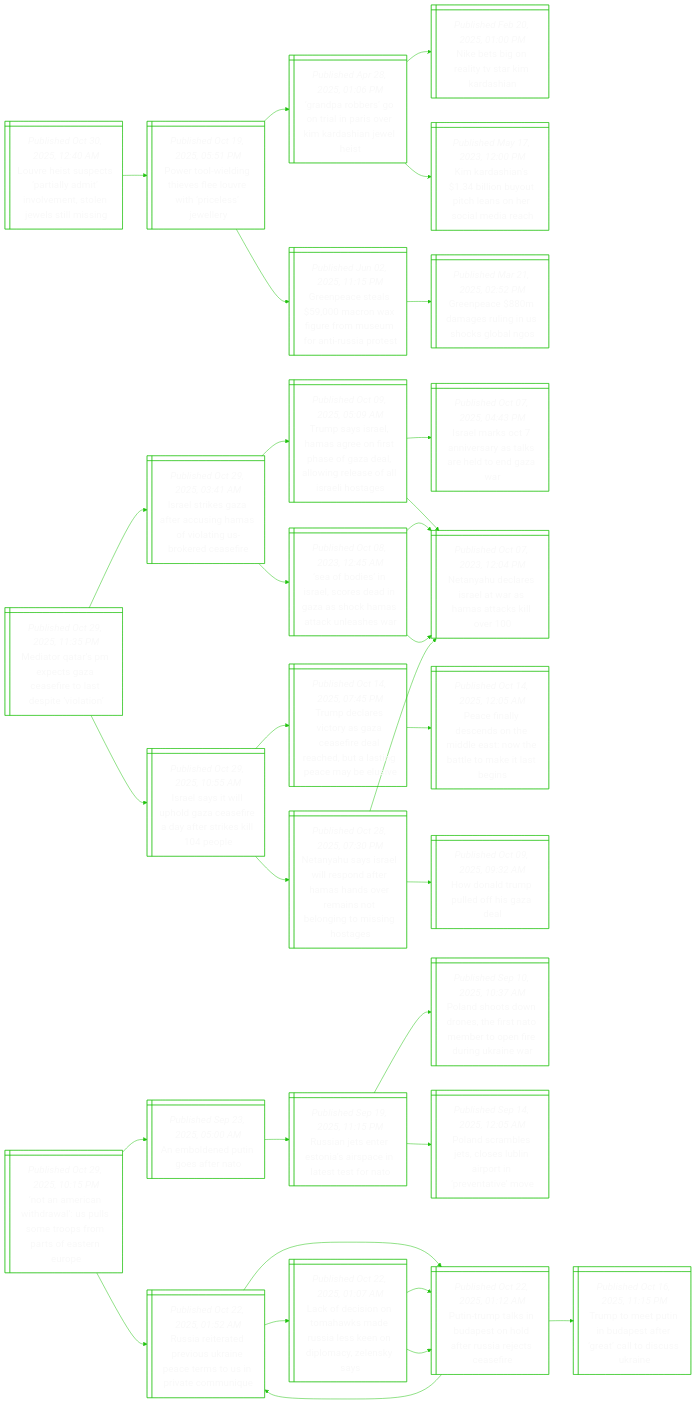
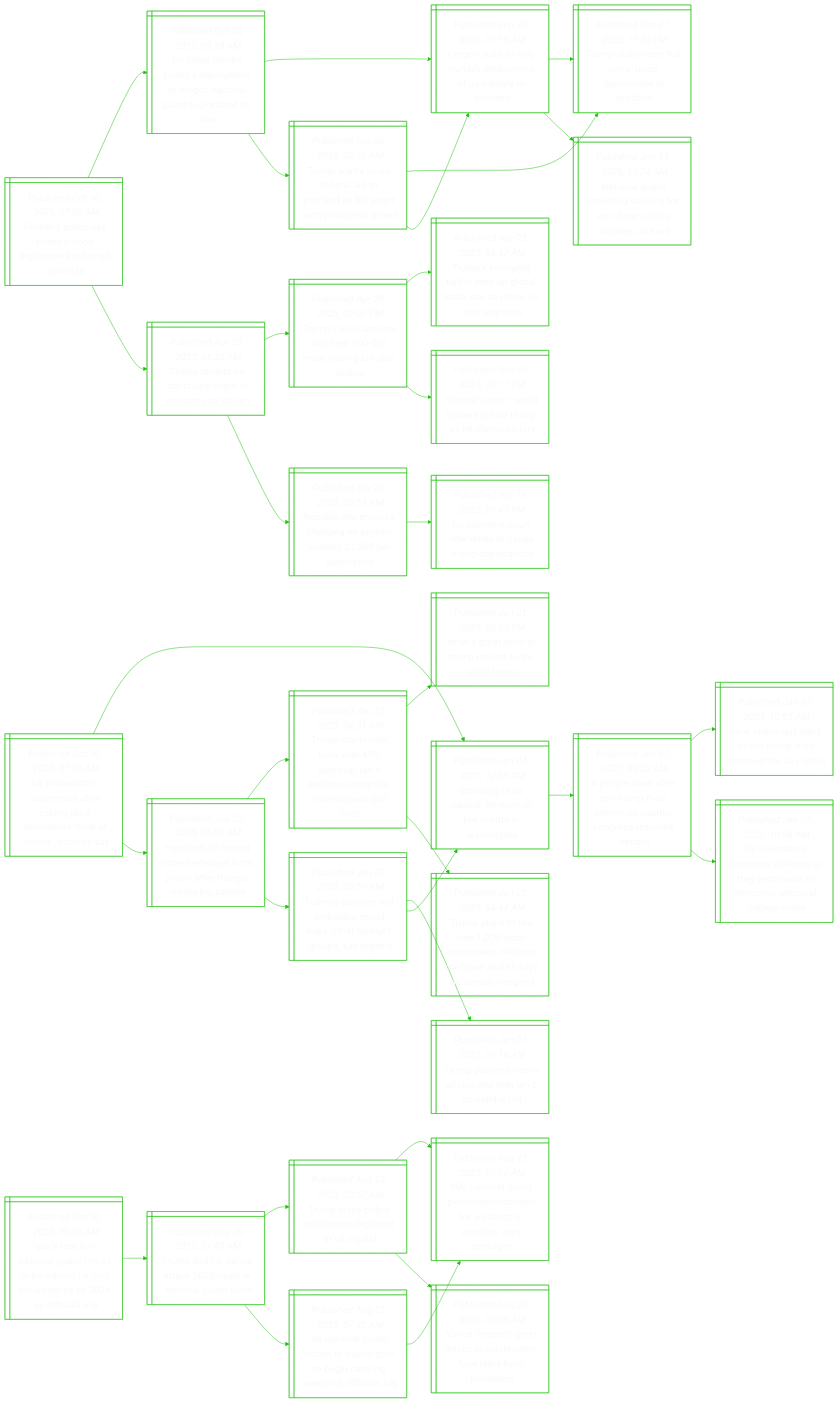
Before and after one commit to notJmes/notJmes: the diagram in README.md, drawn with Mermaid. The commit also changed other lines of this file, not shown here.

````diff
--- a/README.md
+++ b/README.md
@@ -16,106 +16,106 @@
 flowchart LR
 classDef txtsize font-size:20px;
 
-Letealmvmtjsli@{ shape: win-pane, label: "_Published Oct 30, 2025, 12:40 AM_
-Louvre heist suspects ‘partially admit’ involvement, stolen jewels still missing" }
-Ptineluiisey@{ shape: win-pane, label: "_Published Oct 19, 2025, 05:51 PM_
-Power tool-wielding thieves flee louvre with ‘priceless’ jewellery" }
-GpboiPoidaes@{ shape: win-pane, label: "_Published Apr 28, 2025, 01:06 PM_
-‘grandpa robbers’ go on trial in paris over kim kardashian jewel heist" }
-NegaTrah@{ shape: win-pane, label: "_Published Feb 20, 2025, 01:00 PM_
-Nike bets big on reality tv star kim kardashian" }
-Kriinucneida@{ shape: win-pane, label: "_Published May 17, 2023, 12:00 PM_
-Kim kardashian's $1.34 billion buyout pitch leans on her social media reach" }
-Gpssofemmnsrt@{ shape: win-pane, label: "_Published Jun 02, 2025, 11:15 PM_
-Greenpeace steals $59,000 macron wax figure from museum for anti-russia protest" }
-GpmglnolN@{ shape: win-pane, label: "_Published Mar 21, 2025, 02:52 PM_
-Greenpeace $880m damages ruling in us shocks global ngos" }
+Palamopefde@{ shape: win-pane, label: "_Published Oct 30, 2025, 07:20 AM_
+Portland police say trump’s troop deployment inflamed protests" }
+UgcuemfoiGttfw@{ shape: win-pane, label: "_Published Oct 05, 2025, 09:28 AM_
+Us judge blocks trump’s deployment of oregon national guard to portland for now" }
+OntpplnStol@{ shape: win-pane, label: "_Published Sep 29, 2025, 07:15 AM_
+Oregon sues to stop trump’s deployment of us military to portland" }
+Tarforemnl@{ shape: win-pane, label: "_Published Sep 27, 2025, 11:50 PM_
+Trump authorises ‘full force’ troop deployment in portland" }
+NnaonufEcnnsy@{ shape: win-pane, label: "_Published Jun 11, 2025, 10:24 AM_
+National guard providing security for ice officers in los angeles, us says" }
+Twtfattaawrtr@{ shape: win-pane, label: "_Published Oct 04, 2025, 09:32 AM_
+Trump wants to cut federal aid to portland as his anger with protesters grows" }
+Tarforemnl@{ shape: win-pane, label: "_Published Sep 27, 2025, 11:50 PM_
+Trump authorises ‘full force’ troop deployment in portland" }
+OntpplnStol@{ shape: win-pane, label: "_Published Sep 29, 2025, 07:15 AM_
+Oregon sues to stop trump’s deployment of us military to portland" }
+Tttaatnaaw@{ shape: win-pane, label: "_Published Apr 29, 2025, 04:32 AM_
+Trump targets us 'sanctuary cities' in migrant crackdown" }
+Tsnrnakixss@{ shape: win-pane, label: "_Published Apr 28, 2025, 09:01 PM_
+Trump’s poll numbers sag near 100-day mark, raising tax-plan stakes" }
+Tspaspadanop@{ shape: win-pane, label: "_Published Apr 03, 2025, 04:47 AM_
+Trump’s sweeping tariffs amp up global trade war as china, eu vow response" }
+Hrtoessmemt@{ shape: win-pane, label: "_Published Nov 06, 2024, 03:17 PM_
+‘historic return’: world leaders praise trump as he claims victory" }
+Rlsoagyespa@{ shape: win-pane, label: "_Published Apr 29, 2025, 05:55 AM_
+Republicans propose charging us asylum seekers $1,300 per application" }
+Uroneoepro@{ shape: win-pane, label: "_Published Apr 19, 2025, 06:43 PM_
+Us supreme court intervenes to pause trump deportations" }
 
-Letealmvmtjsli:::txtsize --> Ptineluiisey:::txtsize
-Ptineluiisey:::txtsize --> GpboiPoidaes:::txtsize
-GpboiPoidaes:::txtsize --> NegaTrah:::txtsize
-GpboiPoidaes:::txtsize --> Kriinucneida:::txtsize
-Ptineluiisey:::txtsize --> Gpssofemmnsrt:::txtsize
-Gpssofemmnsrt:::txtsize --> GpmglnolN:::txtsize
+Palamopefde:::txtsize --> UgcuemfoiGttfw:::txtsize
+UgcuemfoiGttfw:::txtsize --> OntpplnStol:::txtsize
+OntpplnStol:::txtsize --> Tarforemnl:::txtsize
+OntpplnStol:::txtsize --> NnaonufEcnnsy:::txtsize
+UgcuemfoiGttfw:::txtsize --> Twtfattaawrtr:::txtsize
+Twtfattaawrtr:::txtsize --> Tarforemnl:::txtsize
+Twtfattaawrtr:::txtsize --> OntpplnStol:::txtsize
+Palamopefde:::txtsize --> Tttaatnaaw:::txtsize
+Tttaatnaaw:::txtsize --> Tsnrnakixss:::txtsize
+Tsnrnakixss:::txtsize --> Tspaspadanop:::txtsize
+Tsnrnakixss:::txtsize --> Hrtoessmemt:::txtsize
+Tttaatnaaw:::txtsize --> Rlsoagyespa:::txtsize
+Rlsoagyespa:::txtsize --> Uroneoepro:::txtsize
 
-MttMczsespii@{ shape: win-pane, label: "_Published Oct 29, 2025, 11:35 PM_
-Mediator qatar’s pm expects gaza ceasefire to last despite ‘violation’" }
-IlkzeuHolgode@{ shape: win-pane, label: "_Published Oct 29, 2025, 03:41 AM_
-Israel strikes gaza after accusing hamas of violating us-brokered ceasefire" }
-TssHaossaaorslaoe@{ shape: win-pane, label: "_Published Oct 09, 2025, 05:09 AM_
-Trump says israel, hamas agree on first phase of gaza deal, allowing release of all israeli hostages" }
-Ilsnrakhoar@{ shape: win-pane, label: "_Published Oct 07, 2025, 04:43 PM_
-Israel marks oct 7 anniversary as talks are held to end gaza war" }
-NyeeawHakl@{ shape: win-pane, label: "_Published Oct 07, 2023, 12:04 PM_
-Netanyahu declares israel at war as hamas attacks kill over 100" }
-Sbsrcdnacaale@{ shape: win-pane, label: "_Published Oct 08, 2023, 12:45 AM_
-‘sea of bodies’ in israel, scores dead in gaza as shock hamas attack unleashes war" }
-NyeeawHakl@{ shape: win-pane, label: "_Published Oct 07, 2023, 12:04 PM_
-Netanyahu declares israel at war as hamas attacks kill over 100" }
-NyeeawHakl@{ shape: win-pane, label: "_Published Oct 07, 2023, 12:04 PM_
-Netanyahu declares israel at war as hamas attacks kill over 100" }
-Ilillaeaftspe@{ shape: win-pane, label: "_Published Oct 29, 2025, 10:55 AM_
-Israel says it will uphold gaza ceasefire a day after strikes kill 104 people" }
-Tdrcaaededlncbs@{ shape: win-pane, label: "_Published Oct 14, 2025, 07:45 PM_
-Trump declares victory as gaza ceasefire deal reached, but a lasting peace may be elusive" }
-PflcoMeNelale@{ shape: win-pane, label: "_Published Oct 14, 2025, 12:05 AM_
-Peace finally descends on the middle east: now the battle to make it last begins" }
-NyarisaHhoeseimnt@{ shape: win-pane, label: "_Published Oct 28, 2025, 07:30 PM_
-Netanyahu says israel will respond after hamas hands over remains not belonging to missing hostages" }
-NyeeawHakl@{ shape: win-pane, label: "_Published Oct 07, 2023, 12:04 PM_
-Netanyahu declares israel at war as hamas attacks kill over 100" }
-Hnruosd@{ shape: win-pane, label: "_Published Oct 09, 2025, 09:32 AM_
-How donald trump pulled off his gaza deal" }
+Usoseelaetotos@{ shape: win-pane, label: "_Published Oct 30, 2025, 07:06 AM_
+Us prosecutors suspended after calling jan 6 defendants ‘mob of rioters’, sources say" }
+SiUiinenWn@{ shape: win-pane, label: "_Published Jan 07, 2021, 12:55 PM_
+Storming of us capitol: timeline of key events in washington" }
+peapubmalrest@{ shape: win-pane, label: "_Published Jan 07, 2021, 03:22 AM_
+4 people dead after pro-trump mob storms us capitol; congress resumes debate" }
+HafdoptdSt@{ shape: win-pane, label: "_Published Jan 07, 2021, 10:03 AM_
+How chaos unfolded as pro-trump mob stormed the us capitol" }
+Umsuichcnncclet@{ shape: win-pane, label: "_Published Jan 07, 2021, 10:06 AM_
+Us lawmakers denounce violence as they reconvene to announce electoral college votes" }
+HeCoteemoemego@{ shape: win-pane, label: "_Published Jan 22, 2025, 06:56 AM_
+Hundreds of capitol rioters released from prison after trump’s sweeping pardon" }
+TssetrJruuessf@{ shape: win-pane, label: "_Published Jan 22, 2025, 04:31 AM_
+Trump starts new term with 47% approval; jan 6 pardons unpopular, reuters/ipsos poll finds" }
+Wgfnmuoho@{ shape: win-pane, label: "_Published Jan 21, 2025, 02:53 PM_
+‘what a great feeling!’ trump returns to the white house" }
+TpteBancrhsrylyg@{ shape: win-pane, label: "_Published Jan 22, 2025, 04:44 AM_
+Trump plans to fire over 1,000 biden appointees; celebrity chef jose andres says he already resigned" }
+TsoloPBtahuyr@{ shape: win-pane, label: "_Published Jan 22, 2025, 05:51 AM_
+Trump’s pardons will embolden proud boys, other far-right groups, say experts" }
+TpnrlgtUii@{ shape: win-pane, label: "_Published Jan 21, 2025, 09:16 AM_
+Trump pardons nearly all charged with jan 6 us capitol riot" }
+SiUiinenWn@{ shape: win-pane, label: "_Published Jan 07, 2021, 12:55 PM_
+Storming of us capitol: timeline of key events in washington" }
 
-MttMczsespii:::txtsize --> IlkzeuHolgode:::txtsize
-IlkzeuHolgode:::txtsize --> TssHaossaaorslaoe:::txtsize
-TssHaossaaorslaoe:::txtsize --> Ilsnrakhoar:::txtsize
-TssHaossaaorslaoe:::txtsize --> NyeeawHakl:::txtsize
-IlkzeuHolgode:::txtsize --> Sbsrcdnacaale:::txtsize
-Sbsrcdnacaale:::txtsize --> NyeeawHakl:::txtsize
-Sbsrcdnacaale:::txtsize --> NyeeawHakl:::txtsize
-MttMczsespii:::txtsize --> Ilillaeaftspe:::txtsize
-Ilillaeaftspe:::txtsize --> Tdrcaaededlncbs:::txtsize
-Tdrcaaededlncbs:::txtsize --> PflcoMeNelale:::txtsize
-Ilillaeaftspe:::txtsize --> NyarisaHhoeseimnt:::txtsize
-NyarisaHhoeseimnt:::txtsize --> NyeeawHakl:::txtsize
-NyarisaHhoeseimnt:::txtsize --> Hnruosd:::txtsize
+Usoseelaetotos:::txtsize --> SiUiinenWn:::txtsize
+SiUiinenWn:::txtsize --> peapubmalrest:::txtsize
+peapubmalrest:::txtsize --> HafdoptdSt:::txtsize
+peapubmalrest:::txtsize --> Umsuichcnncclet:::txtsize
+Usoseelaetotos:::txtsize --> HeCoteemoemego:::txtsize
+HeCoteemoemego:::txtsize --> TssetrJruuessf:::txtsize
+TssetrJruuessf:::txtsize --> Wgfnmuoho:::txtsize
+TssetrJruuessf:::txtsize --> TpteBancrhsrylyg:::txtsize
+HeCoteemoemego:::txtsize --> TsoloPBtahuyr:::txtsize
+TsoloPBtahuyr:::txtsize --> TpnrlgtUii:::txtsize
+TsoloPBtahuyr:::txtsize --> SiUiinenWn:::txtsize
 
-NActwpsrfafer@{ shape: win-pane, label: "_Published Oct 29, 2025, 10:15 PM_
-‘not an american withdrawal’: us pulls some troops from parts of eastern europe" }
-Aoeisr@{ shape: win-pane, label: "_Published Sep 23, 2025, 05:00 AM_
-An emboldened putin goes after nato" }
-Rasrnicatoo@{ shape: win-pane, label: "_Published Sep 19, 2025, 11:15 PM_
-Russian jets enter estonia’s airspace in latest test for nato" }
-PdtnefNetndgir@{ shape: win-pane, label: "_Published Sep 10, 2025, 10:37 AM_
-Poland shoots down drones, the first nato member to open fire during ukraine war" }
-PdmjlLnopnve@{ shape: win-pane, label: "_Published Sep 14, 2025, 12:05 AM_
-Poland scrambles jets, closes lublin airport in ‘preventative’ move" }
-Raedikeesivoi@{ shape: win-pane, label: "_Published Oct 22, 2025, 01:52 AM_
-Russia reiterated previous ukraine peace terms to us in private communique" }
-PTtiaodrieei@{ shape: win-pane, label: "_Published Oct 22, 2025, 01:12 AM_
-Putin-trump talks in budapest on hold after russia rejects ceasefire" }
-Tttndtrttcke@{ shape: win-pane, label: "_Published Oct 16, 2025, 11:15 PM_
-Trump to meet putin in budapest after ‘great’ call to discuss ukraine" }
-Raedikeesivoi@{ shape: win-pane, label: "_Published Oct 22, 2025, 01:52 AM_
-Russia reiterated previous ukraine peace terms to us in private communique" }
-Lfsnhmuledmeks@{ shape: win-pane, label: "_Published Oct 22, 2025, 01:07 AM_
-Lack of decision on tomahawks made russia less keen on diplomacy, zelensky says" }
-PTtiaodrieei@{ shape: win-pane, label: "_Published Oct 22, 2025, 01:12 AM_
-Putin-trump talks in budapest on hold after russia rejects ceasefire" }
-PTtiaodrieei@{ shape: win-pane, label: "_Published Oct 22, 2025, 01:12 AM_
-Putin-trump talks in budapest on hold after russia rejects ceasefire" }
+QritldeenrlucUis@{ shape: win-pane, label: "_Published Oct 30, 2025, 06:56 AM_
+‘quick reaction’ national guard forces to be trained for civil disturbances by 2026, us officials say" }
+TaVaklaarh@{ shape: win-pane, label: "_Published Aug 26, 2025, 07:45 AM_
+Trump and j.d. vance attack 2028 rivals in national guard push" }
+Tvsctsonp@{ shape: win-pane, label: "_Published Aug 22, 2025, 03:57 AM_
+Trump visits police and troops deployed in us capital" }
+NnareidaginPg@{ shape: win-pane, label: "_Published Aug 15, 2025, 07:00 AM_
+800 national guard personnel mobilised for washington mission, says pentagon" }
+VHteoWnferoe@{ shape: win-pane, label: "_Published Aug 21, 2025, 08:00 AM_
+Vance, hegseth greet troops in washington, face jeers from protesters" }
+UiGtsstbciaoia@{ shape: win-pane, label: "_Published Aug 25, 2025, 07:42 AM_
+Us national guard troops in washington to begin carrying weapons, officials say" }
+NnareidaginPg@{ shape: win-pane, label: "_Published Aug 15, 2025, 07:00 AM_
+800 national guard personnel mobilised for washington mission, says pentagon" }
 
-NActwpsrfafer:::txtsize --> Aoeisr:::txtsize
-Aoeisr:::txtsize --> Rasrnicatoo:::txtsize
-Rasrnicatoo:::txtsize --> PdtnefNetndgir:::txtsize
-Rasrnicatoo:::txtsize --> PdmjlLnopnve:::txtsize
-NActwpsrfafer:::txtsize --> Raedikeesivoi:::txtsize
-Raedikeesivoi:::txtsize --> PTtiaodrieei:::txtsize
-PTtiaodrieei:::txtsize --> Tttndtrttcke:::txtsize
-PTtiaodrieei:::txtsize --> Raedikeesivoi:::txtsize
-Raedikeesivoi:::txtsize --> Lfsnhmuledmeks:::txtsize
-Lfsnhmuledmeks:::txtsize --> PTtiaodrieei:::txtsize
-Lfsnhmuledmeks:::txtsize --> PTtiaodrieei:::txtsize
+QritldeenrlucUis:::txtsize --> TaVaklaarh:::txtsize
+TaVaklaarh:::txtsize --> Tvsctsonp:::txtsize
+Tvsctsonp:::txtsize --> NnareidaginPg:::txtsize
+Tvsctsonp:::txtsize --> VHteoWnferoe:::txtsize
+TaVaklaarh:::txtsize --> UiGtsstbciaoia:::txtsize
+UiGtsstbciaoia:::txtsize --> NnareidaginPg:::txtsize
 
 ```
````
